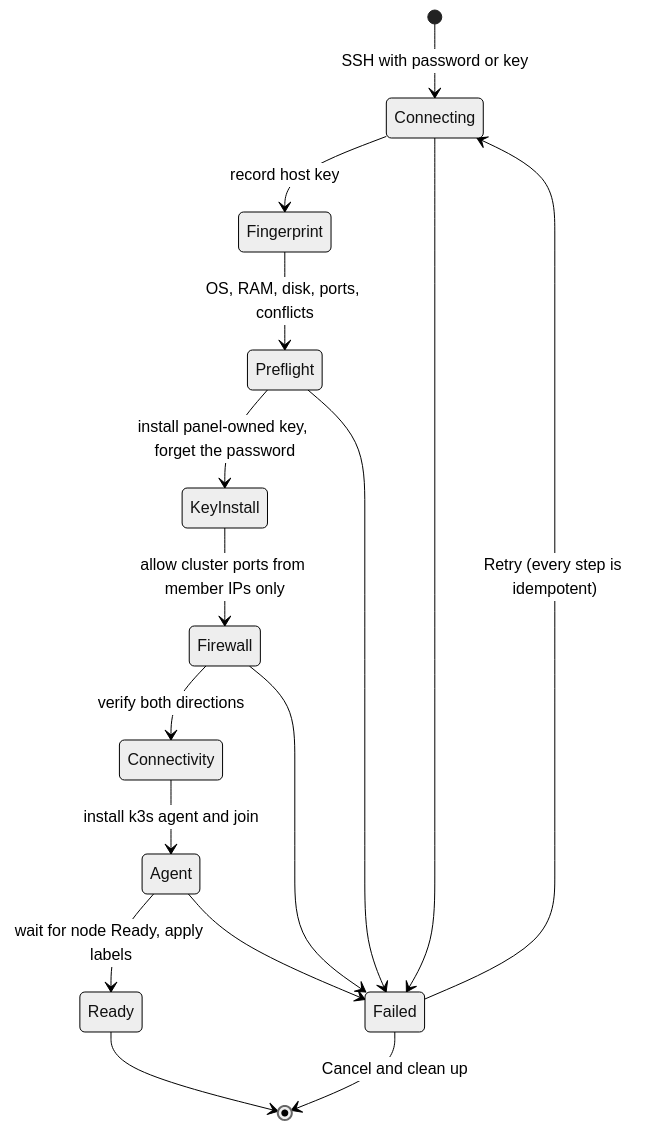
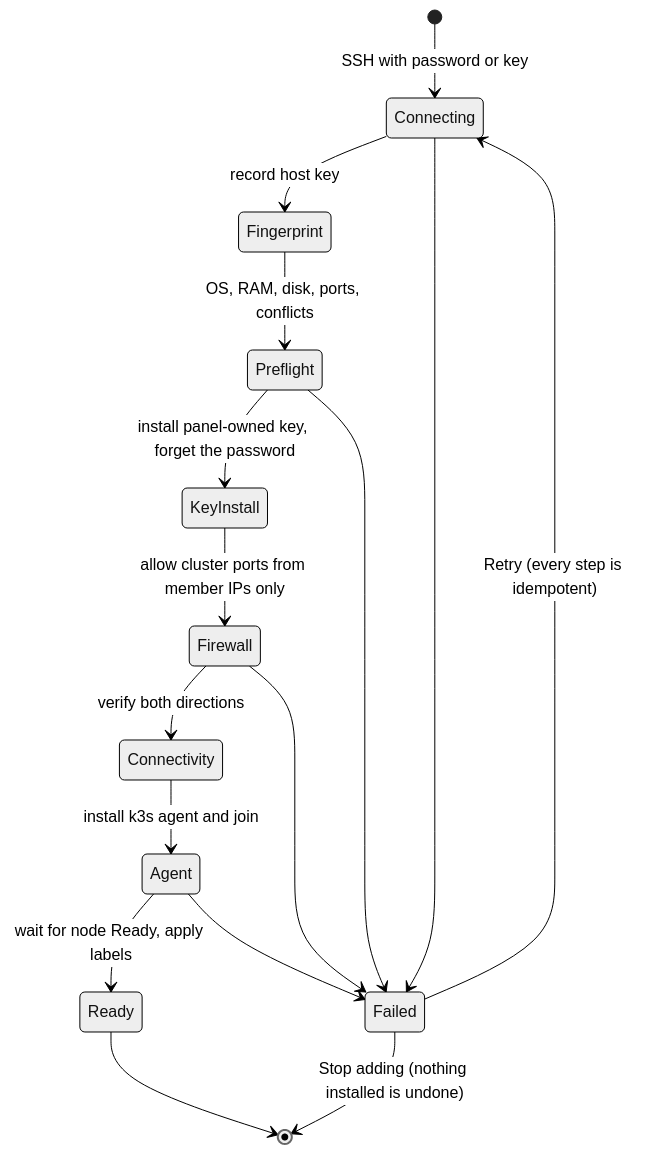
The third of 4 diagrams in docs/architecture.md (Skifity/Skifity), drawn with Mermaid (neutral theme) before and after one commit. The commit also changed 1 other file, not shown here.

Commit message:
docs: new recovery codes, a first password, and Stop adding
The configuration page says how two-factor setup, new recovery codes and
a first password for a single sign-on account work now, and the server
state diagram names the way out of a failed add as the panel does.

````diff
--- a/docs/architecture.md
+++ b/docs/architecture.md
@@ -148,18 +148,18 @@
 ```mermaid
 stateDiagram-v2
     [*] --> Connecting: SSH with password or key
     Connecting --> Fingerprint: record host key
     Fingerprint --> Preflight: OS, RAM, disk, ports, conflicts
     Preflight --> KeyInstall: install panel-owned key, forget the password
     KeyInstall --> Firewall: allow cluster ports from member IPs only
     Firewall --> Connectivity: verify both directions
     Connectivity --> Agent: install k3s agent and join
     Agent --> Ready: wait for node Ready, apply labels
     Ready --> [*]
     Connecting --> Failed
     Preflight --> Failed
     Firewall --> Failed
     Agent --> Failed
     Failed --> Connecting: Retry (every step is idempotent)
-    Failed --> [*]: Cancel and clean up
+    Failed --> [*]: Stop adding (nothing installed is undone)
 ```
````
